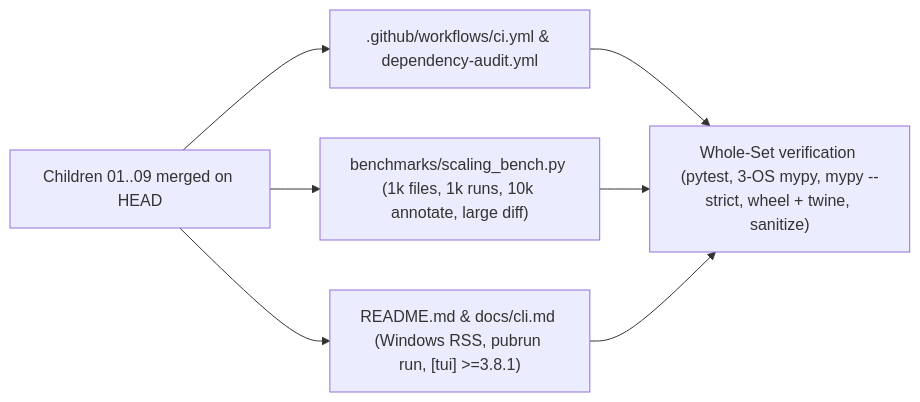
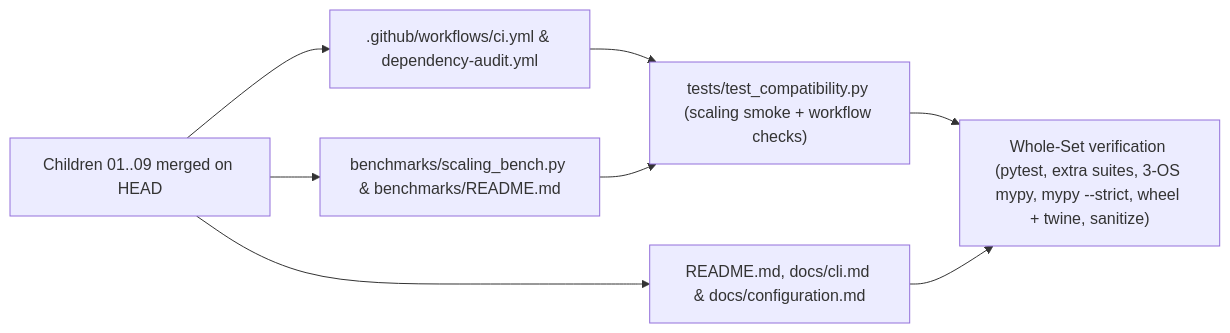
One commit to fariello/pubrun changed the diagram in .aw/records/plans/pending/20261127-assess-8l-10-6y55x4-ci-compatibility-matrix-scaling-benchmarks-and-whole-set-ver.ipd.md. Above: the diagram before and after it, drawn with Mermaid. The commit also changed other lines of this file and 1 other file, not shown here.

````diff
--- a/.aw/records/plans/pending/20261127-assess-8l-10-6y55x4-ci-compatibility-matrix-scaling-benchmarks-and-whole-set-ver.ipd.md
+++ b/.aw/records/plans/pending/20261127-assess-8l-10-6y55x4-ci-compatibility-matrix-scaling-benchmarks-and-whole-set-ver.ipd.md
@@ -32,9 +34,10 @@
 ```mermaid
 flowchart LR
     C19["Children 01..09 merged on HEAD"] --> CI[".github/workflows/ci.yml & dependency-audit.yml"]
-    C19 --> BENCH["benchmarks/scaling_bench.py (1k files, 1k runs, 10k annotate, large diff)"]
-    C19 --> DOCS["README.md & docs/cli.md (Windows RSS, pubrun run, [tui] >=3.8.1)"]
-    CI --> VER["Whole-Set verification (pytest, 3-OS mypy, mypy --strict, wheel + twine, sanitize)"]
-    BENCH --> VER
+    C19 --> DOCS["README.md, docs/cli.md & docs/configuration.md"]
+    C19 --> BENCH["benchmarks/scaling_bench.py & benchmarks/README.md"]
+    CI --> TEST["tests/test_compatibility.py (scaling smoke + workflow checks)"]
+    BENCH --> TEST
+    TEST --> VER["Whole-Set verification (pytest, extra suites, 3-OS mypy, mypy --strict, wheel + twine, sanitize)"]
     DOCS --> VER
 ```
````
